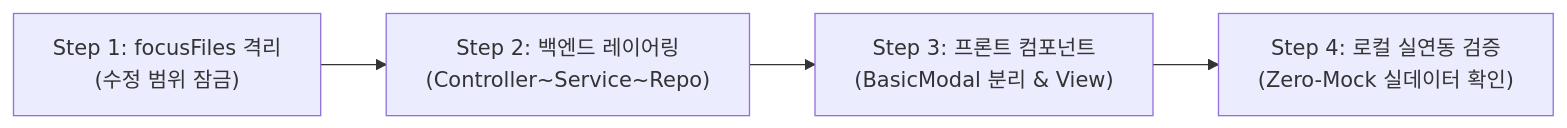
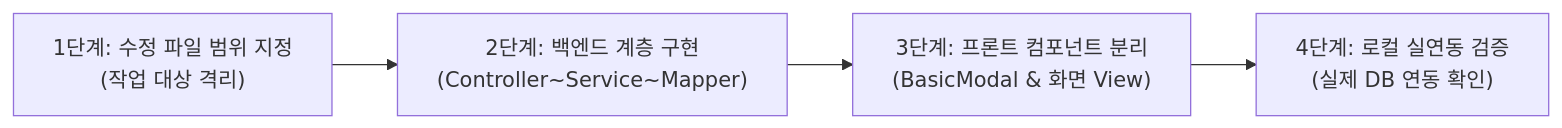
One commit to DramaticCollaboration/doc.github.io changed the diagram in ko/agile/ai-sdlc-03-implementation.md. Above: the diagram before and after it, drawn with Mermaid. The commit also changed other lines of this file and 8 other files, not shown here.

````diff
--- a/ko/agile/ai-sdlc-03-implementation.md
+++ b/ko/agile/ai-sdlc-03-implementation.md
@@ -50,6 +50,6 @@
 ```mermaid
 flowchart LR
-    C1["Step 1: focusFiles 격리<br/>(수정 범위 잠금)"] --> C2["Step 2: 백엔드 레이어링<br/>(Controller~Service~Repo)"]
-    C2 --> C3["Step 3: 프론트 컴포넌트<br/>(BasicModal 분리 & View)"]
-    C3 --> C4["Step 4: 로컬 실연동 검증<br/>(Zero-Mock 실데이터 확인)"]
+    C1["1단계: 수정 파일 범위 지정<br/>(작업 대상 격리)"] --> C2["2단계: 백엔드 계층 구현<br/>(Controller~Service~Mapper)"]
+    C2 --> C3["3단계: 프론트 컴포넌트 분리<br/>(BasicModal & 화면 View)"]
+    C3 --> C4["4단계: 로컬 실연동 검증<br/>(실제 DB 연동 확인)"]
 ```
````
